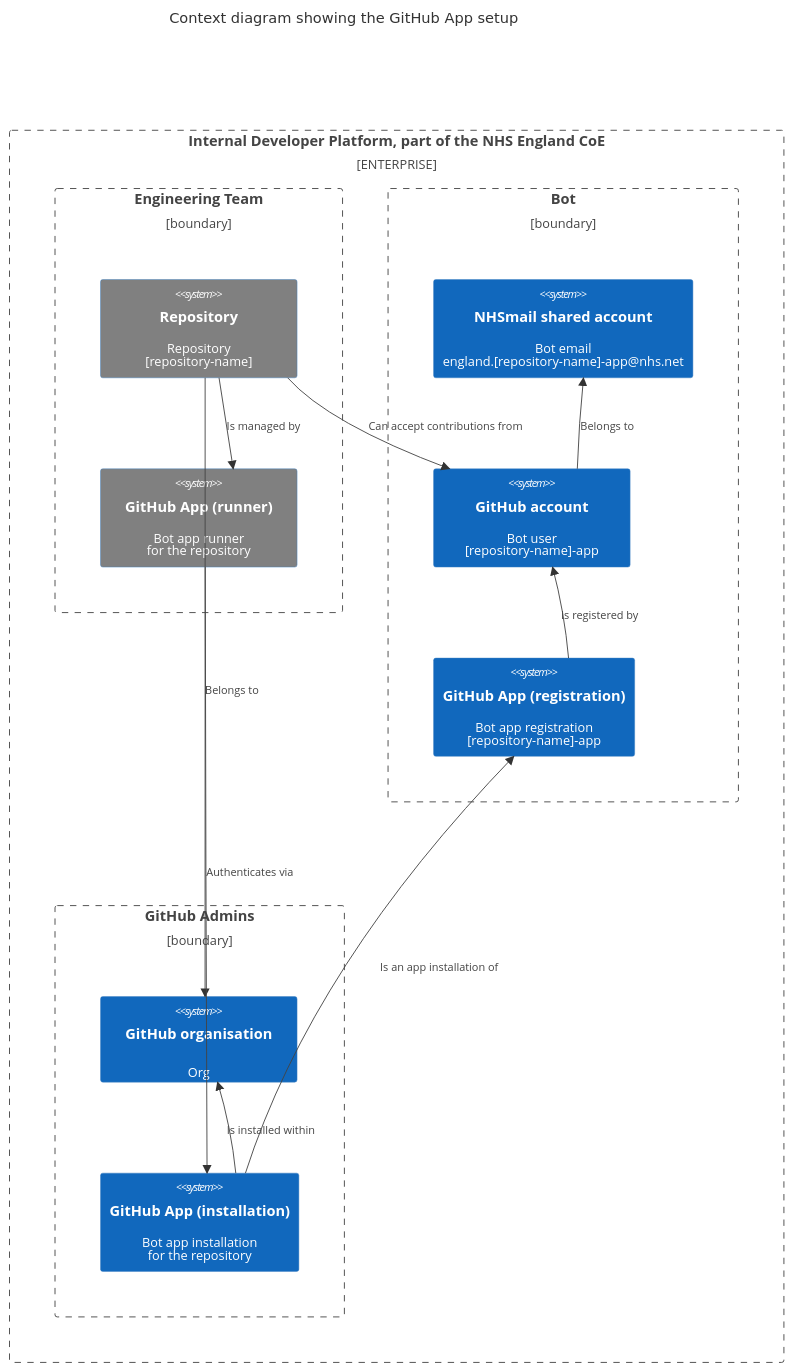
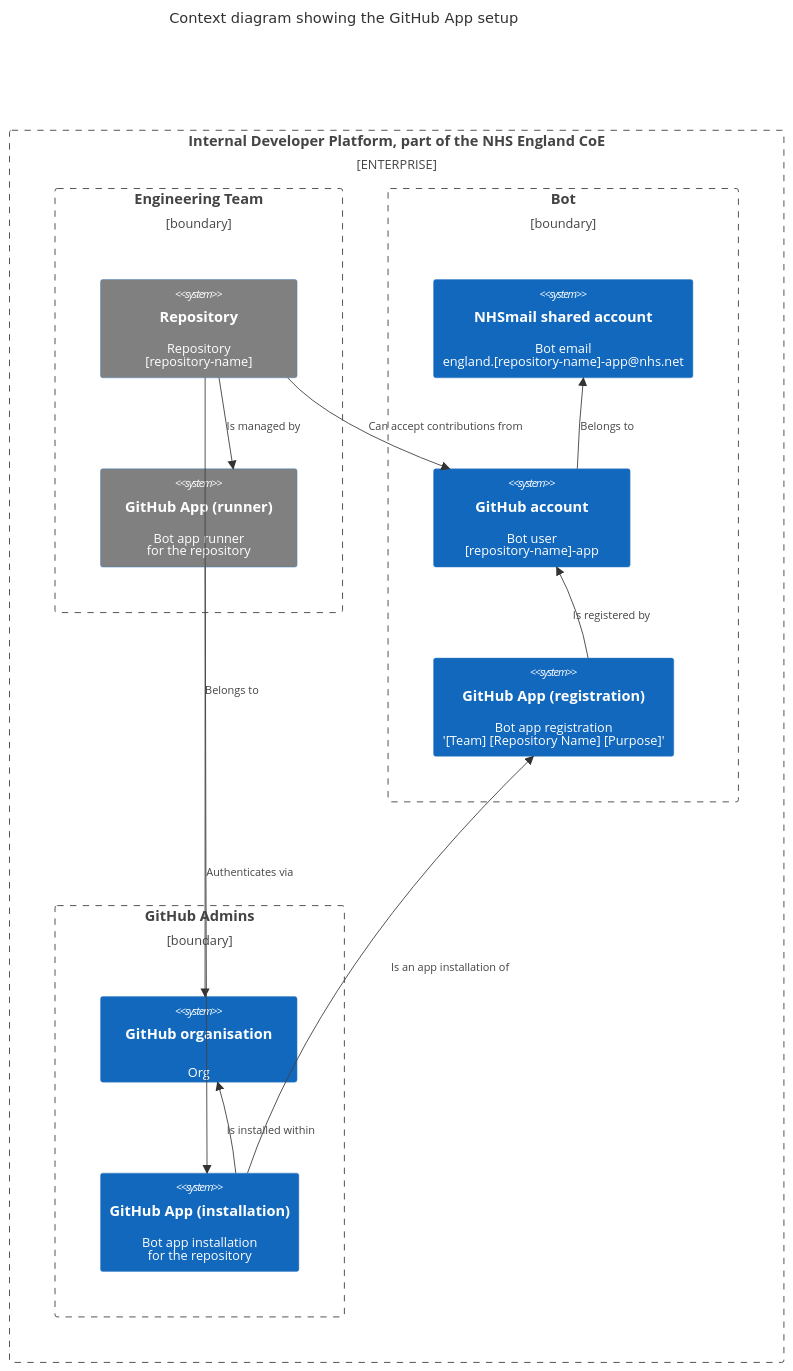
The diagram in docs/adr/ADR-003_Acceptable_use_of_GitHub_PAT_and_Apps_for_authN_and_authZ.md (nhs-england-tools/repository-template), drawn with Mermaid before and after one commit. The commit also changed other lines of this file, not shown here.

Commit message:
Update ADR content

````diff
--- a/docs/adr/ADR-003_Acceptable_use_of_GitHub_PAT_and_Apps_for_authN_and_authZ.md
+++ b/docs/adr/ADR-003_Acceptable_use_of_GitHub_PAT_and_Apps_for_authN_and_authZ.md
@@ -152,34 +152,34 @@
 ```mermaid
 C4Context
   title Context diagram showing the GitHub App setup
   Enterprise_Boundary(b0, "Internal Developer Platform, part of the NHS England CoE") {
 
     Boundary(b1, "Engineering Team", "boundary") {
       System(repo, "Repository", "Repository<br>[repository-name]")
       System(github_app_runner, "GitHub App (runner)", "Bot app runner<br>for the repository")
     }
     Rel(repo, github_app_runner, "Is managed by")
 
     Boundary(b2, "Bot", "boundary") {
       System(email_account, "NHSmail shared account", "Bot email<br>england.[repository-name]-app@nhs.net")
       System(github_account, "GitHub account", "Bot user<br>[repository-name]-app")
-      System(github_app_registration, "GitHub App (registration)", "Bot app registration<br>[repository-name]-app")
+      System(github_app_registration, "GitHub App (registration)", "Bot app registration<br>'[Team] [Repository Name] [Purpose]'")
     }
     Rel(github_account, email_account, "Belongs to")
     Rel(github_app_registration, github_account, "Is registered by")
 
     Boundary(b3, "GitHub Admins", "boundary") {
       System(github_org, "GitHub organisation", "Org")
       System(github_app_installation, "GitHub App (installation)", "Bot app installation<br>for the repository")
     }
     Rel(github_app_installation, github_org, "Is installed within")
 
     Rel(repo, github_org, "Belongs to")
     Rel(repo, github_account, "Can accept contributions from")
     Rel(github_app_runner, github_app_installation, "Authenticates via")
     Rel(github_app_installation, github_app_registration, "Is an app installation of")
 
     UpdateElementStyle(repo, $bgColor="grey")
     UpdateElementStyle(github_app_runner, $bgColor="grey")
   }
 ```
````
